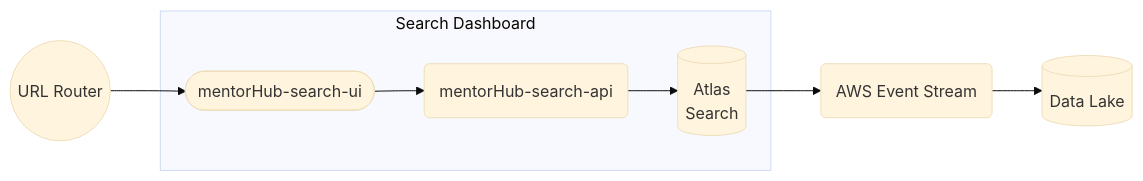
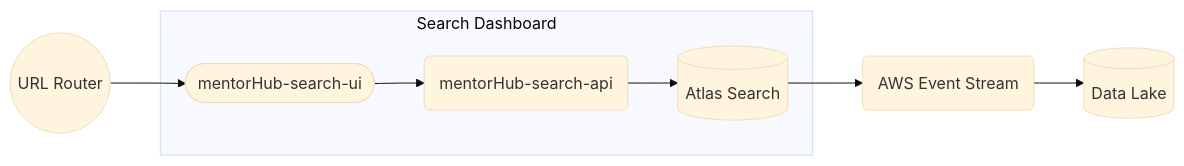
One commit to agile-learning-institute/mentorHub changed the first of 6 diagrams in specifications/ARCHITECTURE.md. Above: the diagram before and after it, drawn with Mermaid (base theme).

````diff
--- a/specifications/ARCHITECTURE.md
+++ b/specifications/ARCHITECTURE.md
@@ -19,17 +19,16 @@
 ```mermaid
 flowchart LR
     APIG((URL Router))
     BUS(AWS Event Stream)
     --> DataLake[(Data Lake)]
 
     APIG 
     --> SearchUI([mentorHub-search-ui])
     subgraph Search Dashboard
         SearchUI
         --> SearchAPI(mentorHub-search-api)
-        --> SearchDB[(Atlas
-            Search)]
+        --> SearchDB[(Atlas Search)]
     end
     SearchDB --> BUS
 
 ```
````
